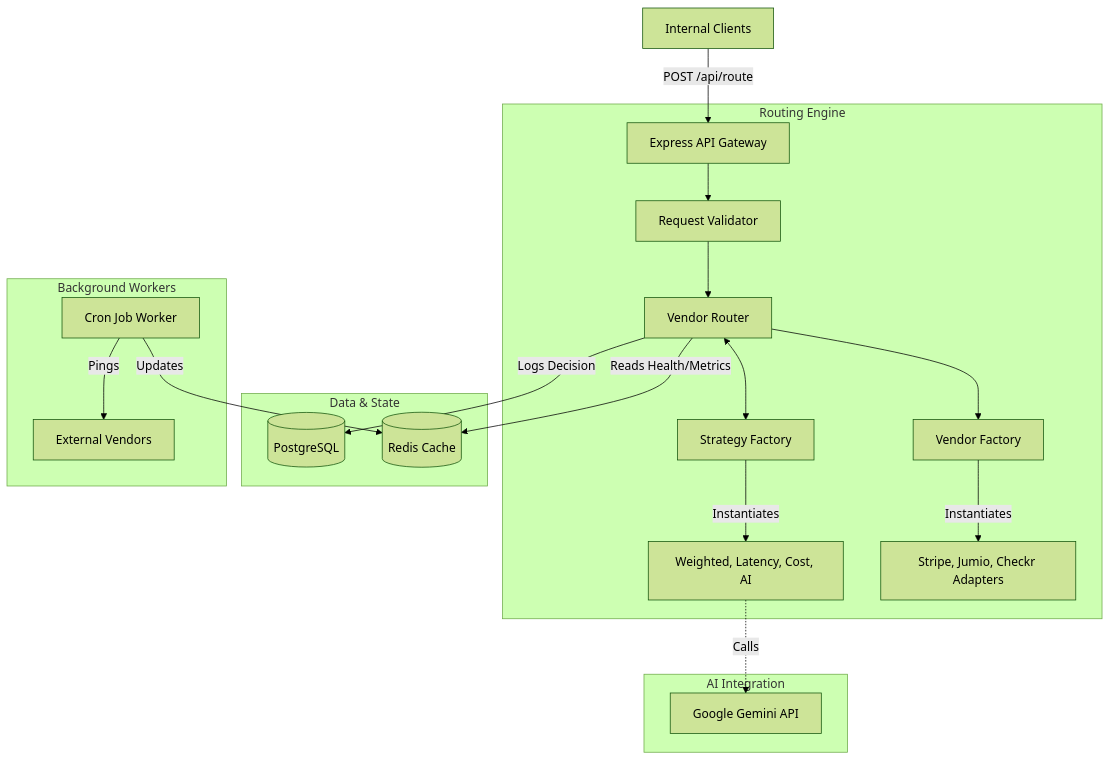
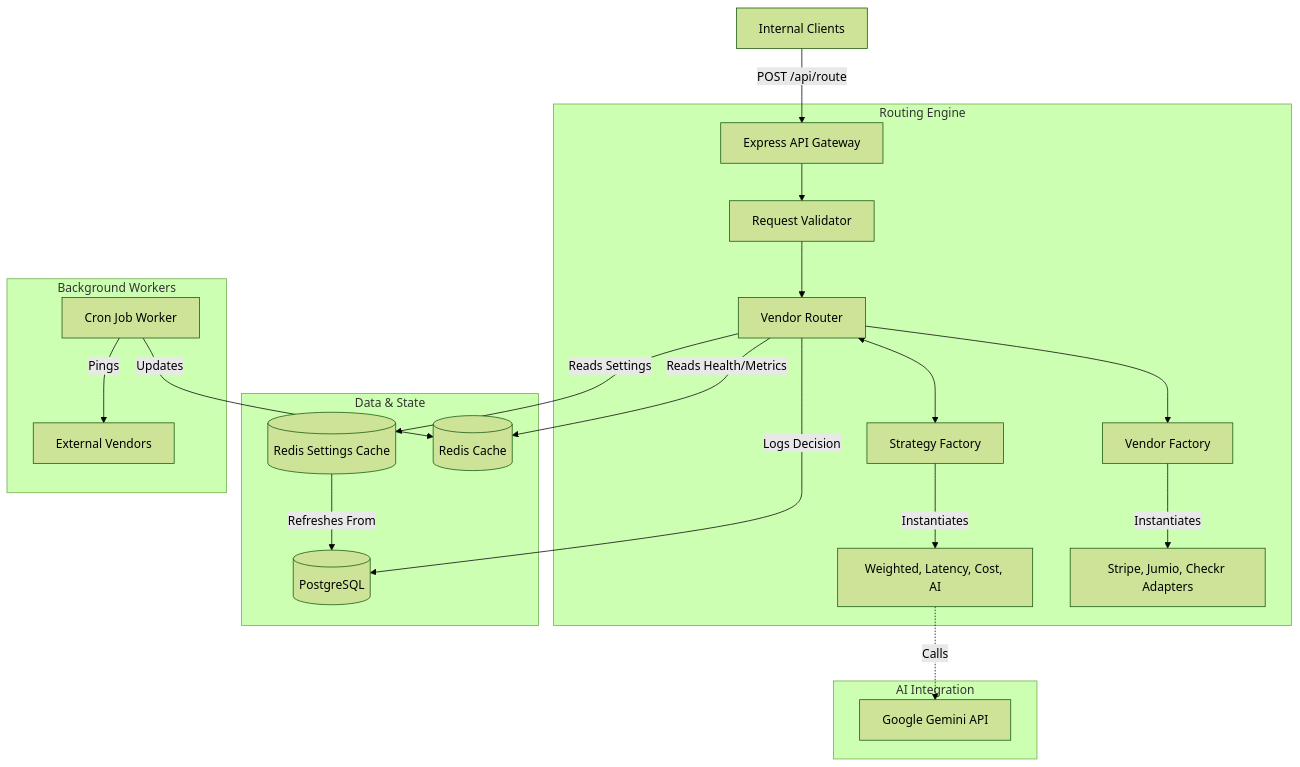
One commit to AnveshCheela/Intelligent-Vendor-Routing-Platform changed the diagram in ARCHITECTURE.md. Above: the diagram before and after it, drawn with Mermaid (forest theme). The commit also changed 24 other files, not shown here.

````diff
--- a/ARCHITECTURE.md
+++ b/ARCHITECTURE.md
@@ -6,29 +6,31 @@
 ```mermaid
 graph TD
     Client[Internal Clients] -->|POST /api/route| API[Express API Gateway]
     
     subgraph "Routing Engine"
         API --> Validator[Request Validator]
         Validator --> Router[Vendor Router]
         
         Router <--> StrategyFactory[Strategy Factory]
         StrategyFactory -->|Instantiates| Strategies[Weighted, Latency, Cost, AI]
         
         Router --> VendorFactory[Vendor Factory]
         VendorFactory -->|Instantiates| Adapters[Stripe, Jumio, Checkr Adapters]
     end
     
     subgraph "Data & State"
         Router -->|Logs Decision| Postgres[(PostgreSQL)]
+        Router -->|Reads Settings| SettingsCache[(Redis Settings Cache)]
+        SettingsCache -->|Refreshes From| Postgres
         Router -->|Reads Health/Metrics| Redis[(Redis Cache)]
     end
     
     subgraph "Background Workers"
         Cron[Cron Job Worker] -->|Pings| Vendors[External Vendors]
         Cron -->|Updates| Redis
     end
     
     subgraph "AI Integration"
         Strategies -.->|Calls| Gemini[Google Gemini API]
     end
 ```
````
